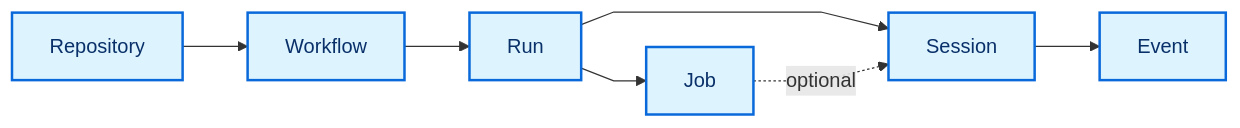
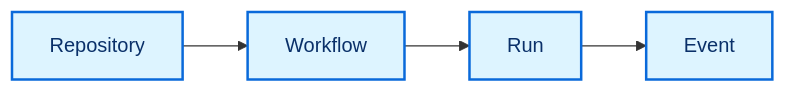
Before and after one commit to elefthei/gh-aw-cao: the diagram in docs/dashboard-data-model.md, drawn with Mermaid. The commit also changed other lines of this file and 77 other files, not shown here.

Commit message:
Simplify the canonical activity database schema (#12604)

````diff
--- a/docs/dashboard-data-model.md
+++ b/docs/dashboard-data-model.md
@@ -16,10 +16,8 @@
 ```mermaid
 %%{init: {"flowchart": {"curve": "linear", "nodeSpacing": 36, "rankSpacing": 52}}}%%
 flowchart LR
-  repository["Repository"] --> workflow["Workflow"] --> run["Run"] --> session["Session"] --> event["Event"]
-  run --> job["Job"]
-  job -. optional .-> session
+  repository["Repository"] --> workflow["Workflow"] --> run["Run"] --> event["Event"]
 
   classDef entity fill:#ddf4ff,stroke:#0969da,color:#0a3069,stroke-width:2px
-  class repository,workflow,run,job,session,event entity
+  class repository,workflow,run,event entity
 ```
````
